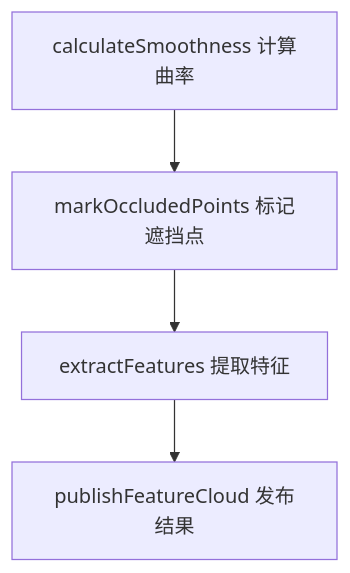
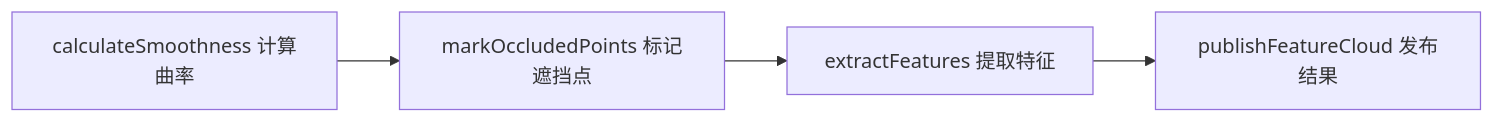
One commit to DoubleAid/Notebook changed the second of 3 diagrams in 5_自动驾驶/定位建图/基础知识/激光SLAM/5.1 代码解读-LIO-SAM.md. Above: the diagram before and after it, drawn with Mermaid. The commit also changed other lines of this file and 1 other file, not shown here.

````diff
--- a/5_自动驾驶/定位建图/基础知识/激光SLAM/5.1 代码解读-LIO-SAM.md
+++ b/5_自动驾驶/定位建图/基础知识/激光SLAM/5.1 代码解读-LIO-SAM.md
@@ -5,7 +38,7 @@
 ```mermaid
-graph TD
+graph LR
     A[calculateSmoothness 计算曲率]
     A-->B[markOccludedPoints 标记遮挡点]
     B-->C[extractFeatures 提取特征]
     C-->D[publishFeatureCloud 发布结果]
 ```
````
